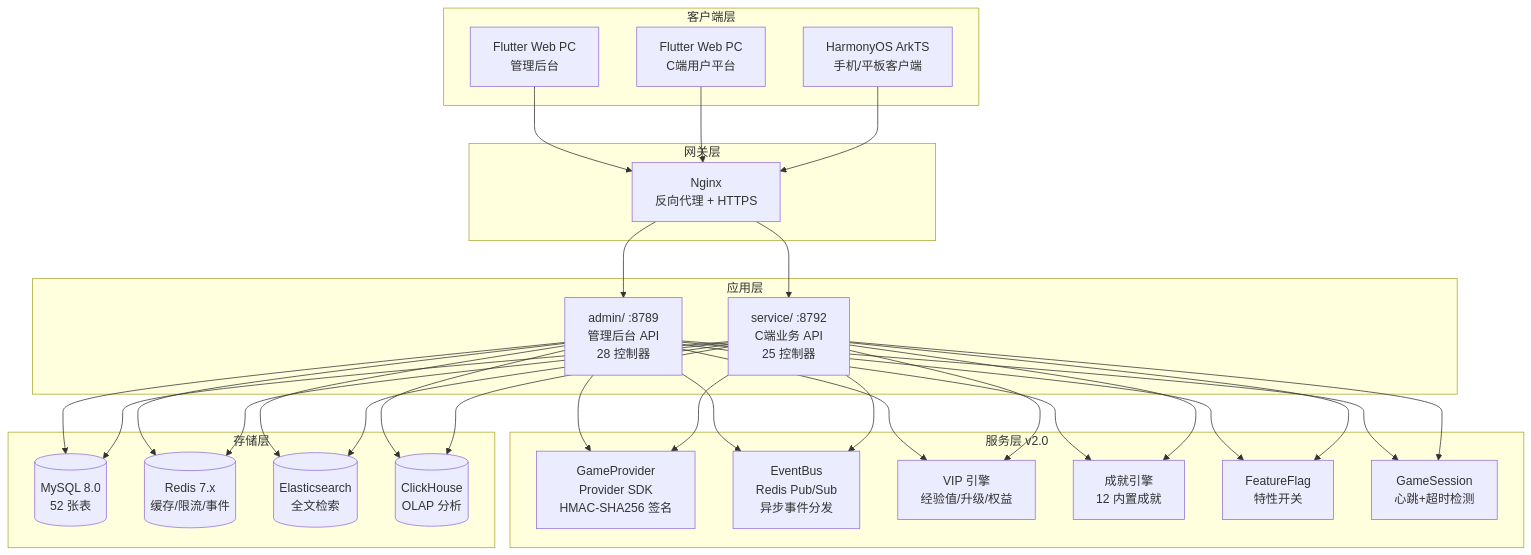
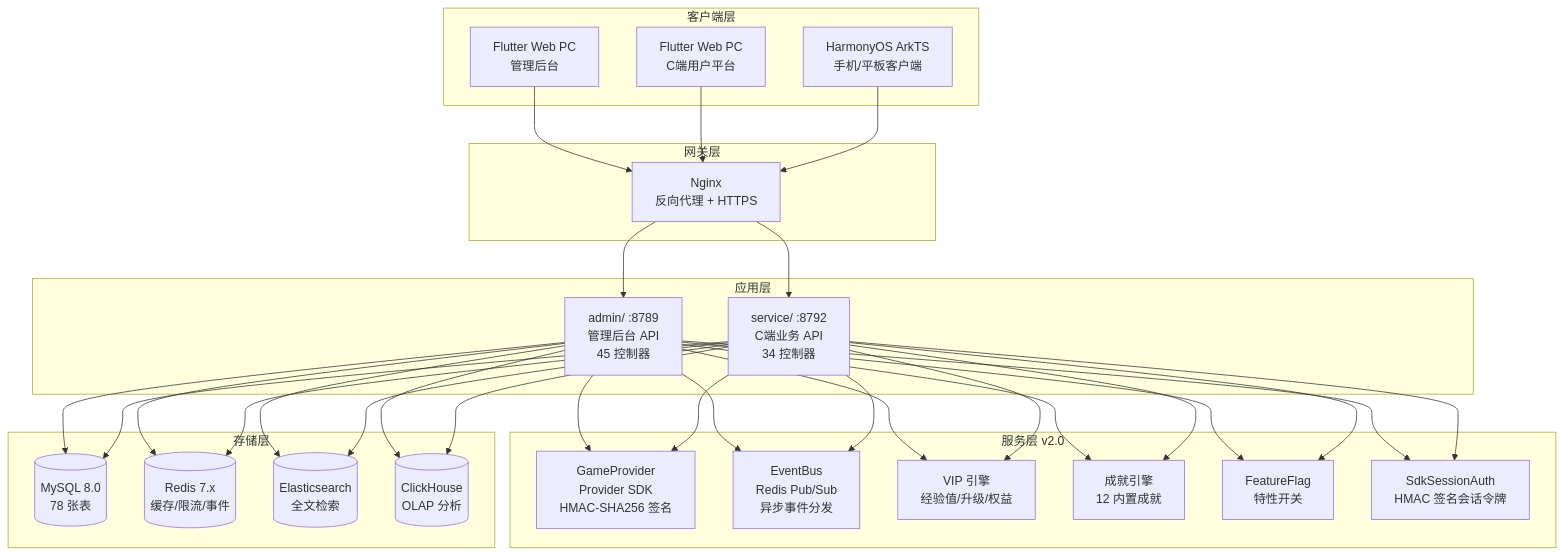
The diagram in admin/docs/diagrams/01-system-architecture.bn.md (erikwang2013/game-platform-php), drawn with Mermaid before and after one commit. The commit also changed other lines of this file and 511 other files, not shown here.

````diff
--- a/admin/docs/diagrams/01-system-architecture.bn.md
+++ b/admin/docs/diagrams/01-system-architecture.bn.md
@@ -7,38 +7,38 @@
 ```mermaid
 flowchart TB
     subgraph "客户端层"
         A1["Flutter Web PC<br/>管理后台"]
         A2["Flutter Web PC<br/>C端用户平台"]
         A3["HarmonyOS ArkTS<br/>手机/平板客户端"]
     end
 
     subgraph "网关层"
         B1["Nginx<br/>反向代理 + HTTPS"]
     end
 
     subgraph "应用层"
-        C1["admin/ :8789<br/>管理后台 API<br/>28 控制器"]
-        C2["service/ :8792<br/>C端业务 API<br/>25 控制器"]
+        C1["admin/ :8789<br/>管理后台 API<br/>45 控制器"]
+        C2["service/ :8792<br/>C端业务 API<br/>34 控制器"]
     end
 
     subgraph "服务层 v2.0"
         D1["GameProvider<br/>Provider SDK<br/>HMAC-SHA256 签名"]
         D2["EventBus<br/>Redis Pub/Sub<br/>异步事件分发"]
         D3["VIP 引擎<br/>经验值/升级/权益"]
         D4["成就引擎<br/>12 内置成就"]
         D5["FeatureFlag<br/>特性开关"]
-        D6["GameSession<br/>心跳+超时检测"]
+        D6["SdkSessionAuth<br/>HMAC 签名会话令牌"]
     end
 
     subgraph "存储层"
-        E1[("MySQL 8.0<br/>52 张表")]
+        E1[("MySQL 8.0<br/>78 张表")]
         E2[("Redis 7.x<br/>缓存/限流/事件")]
         E3[("Elasticsearch<br/>全文检索")]
         E4[("ClickHouse<br/>OLAP 分析")]
     end
 
     A1 & A2 & A3 --> B1
     B1 --> C1 & C2
     C1 & C2 --> D1 & D2 & D3 & D4 & D5 & D6
     C1 & C2 --> E1 & E2 & E3 & E4
 ```
````
